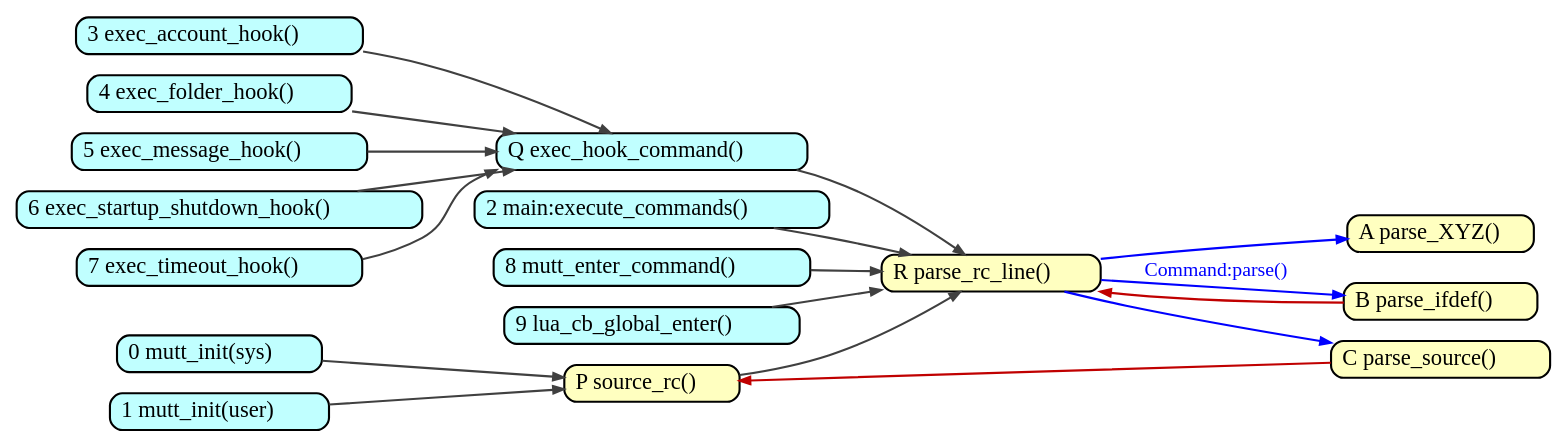
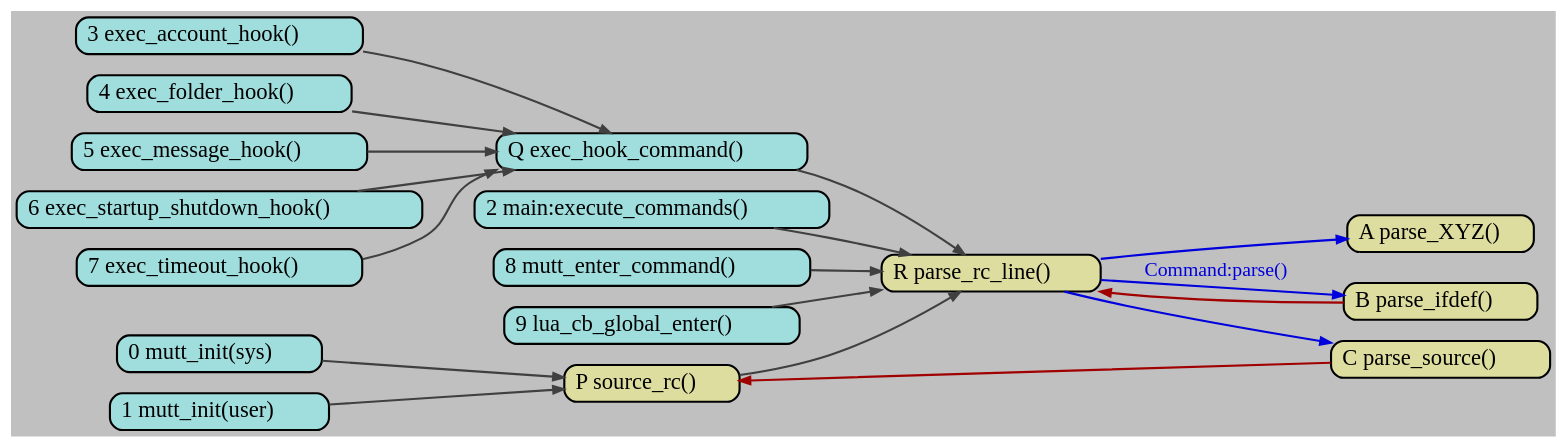
One commit to neomutt/flatcap-brain-dump changed the diagram in commands/parse.gv. Above: the diagram before and after it, drawn with Graphviz. The commit also changed 4 other files, not shown here.

```diff
--- a/commands/parse.gv
+++ b/commands/parse.gv
@@ -1,71 +1,72 @@
 digraph callgraph {
 	graph [
 		rankdir="LR"
 		nodesep="0.2"
 		ranksep="0.5"
 		compound="true"
+		bgcolor="#c0c0c0"
 	]
 
 	node [
 		shape="Mrecord"
 		fontsize="16"
 		fillcolor="#ffffff"
 		style="filled"
 		height="0.2"
 		penwidth="1.5"
 		color="black"
 	]
 
 	edge [
 		penwidth="1.5"
 		arrowsize="0.75"
 		color="#404040"
 	]
 
 	// External functions
-	node [ fillcolor="#c0ffff" ]
+	node [ fillcolor="#a0dddd" ]
 	exec_hook_command          [ label=<Q exec_hook_command()>          ]
 	mutt_init_sys              [ label=<0 mutt_init(sys)>               ]
 	mutt_init_user             [ label=<1 mutt_init(user)>              ]
 	main_execute_commands      [ label=<2 main:execute_commands()>      ]
 	exec_account_hook          [ label=<3 exec_account_hook()>          ]
 	exec_folder_hook           [ label=<4 exec_folder_hook()>           ]
 	exec_message_hook          [ label=<5 exec_message_hook()>          ]
 	exec_startup_shutdown_hook [ label=<6 exec_startup_shutdown_hook()> ]
 	exec_timeout_hook          [ label=<7 exec_timeout_hook()>          ]
 	mutt_enter_command         [ label=<8 mutt_enter_command()>         ]
 	lua_cb_global_enter        [ label=<9 lua_cb_global_enter()>        ]
 
 	// Parts of Parse System
-	node [ fillcolor="#ffffc0" ]
+	node [ fillcolor="#dddda0" ]
 	source_rc             [ label=<P source_rc()>             ]
 	parse_rc_line         [ label=<R parse_rc_line()>         ]
 
 	parse_XYZ             [ label=<A parse_XYZ()>             ]
 	parse_ifdef           [ label=<B parse_ifdef()>           ]
 	parse_source          [ label=<C parse_source()>          ]
 
 	{ rank=same exec_hook_command source_rc }
 
 	mutt_init_sys  -> source_rc
 	mutt_init_user -> source_rc
-	parse_source   -> source_rc [ color="#c00000" ]
+	parse_source   -> source_rc [ color="#a00000" ]
 
 	lua_cb_global_enter   -> parse_rc_line
 	main_execute_commands -> parse_rc_line
 	mutt_enter_command    -> parse_rc_line
-	parse_ifdef           -> parse_rc_line [ color="#c00000" ]
+	parse_ifdef           -> parse_rc_line [ color="#a00000" ]
 	exec_hook_command     -> parse_rc_line
 	source_rc             -> parse_rc_line
 
-	parse_rc_line -> parse_ifdef     [ color="#0000ff" label="Command:parse()" fontcolor="#0000ff" ]
-	parse_rc_line -> parse_XYZ       [ color="#0000ff" ]
-	parse_rc_line -> parse_source    [ color="#0000ff" ]
+	parse_rc_line -> parse_ifdef     [ color="#0000dd" label="Command:parse()" fontcolor="#0000dd" ]
+	parse_rc_line -> parse_XYZ       [ color="#0000dd" ]
+	parse_rc_line -> parse_source    [ color="#0000dd" ]
 
 	exec_account_hook          -> exec_hook_command
 	exec_folder_hook           -> exec_hook_command
 	exec_message_hook          -> exec_hook_command
 	exec_startup_shutdown_hook -> exec_hook_command
 	exec_timeout_hook          -> exec_hook_command
 
 }
```
